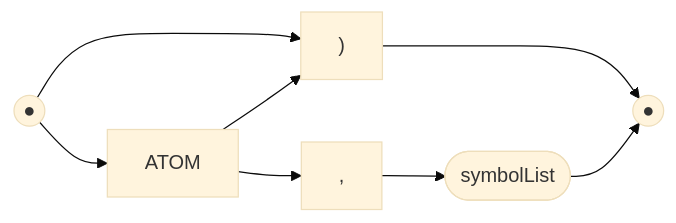
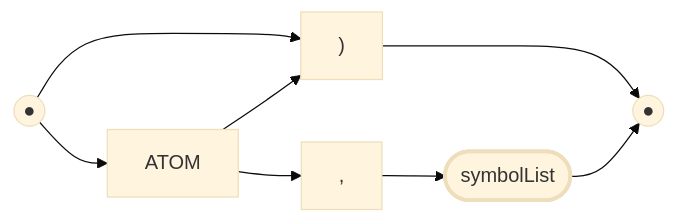
Before and after one commit to billhails/CEKF: diagram 38 of 59 in docs/railroad.md, drawn with Mermaid (base theme). The commit also changed other lines of this file, not shown here.

````diff
--- a/docs/railroad.md
+++ b/docs/railroad.md
@@ -541,9 +580,10 @@
 ```mermaid
 flowchart LR
+classDef rec stroke-width:3px;
 s(("●"))
 e(("●"))
 s --> close[")"] --> e
 s --> ATOM
-ATOM --> comma[","] --> sl([symbolList]) --> e
+ATOM --> comma[","] --> sl([symbolList]):::rec --> e
 ATOM --> close
 ```
````
